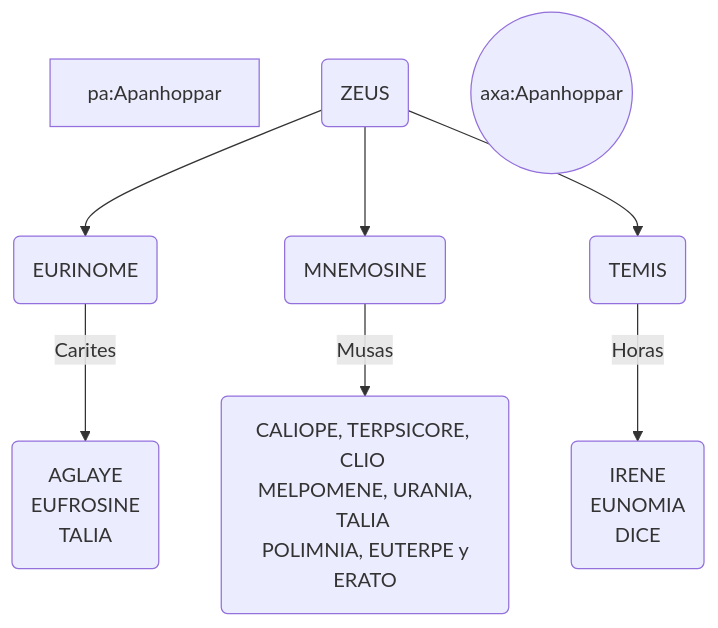
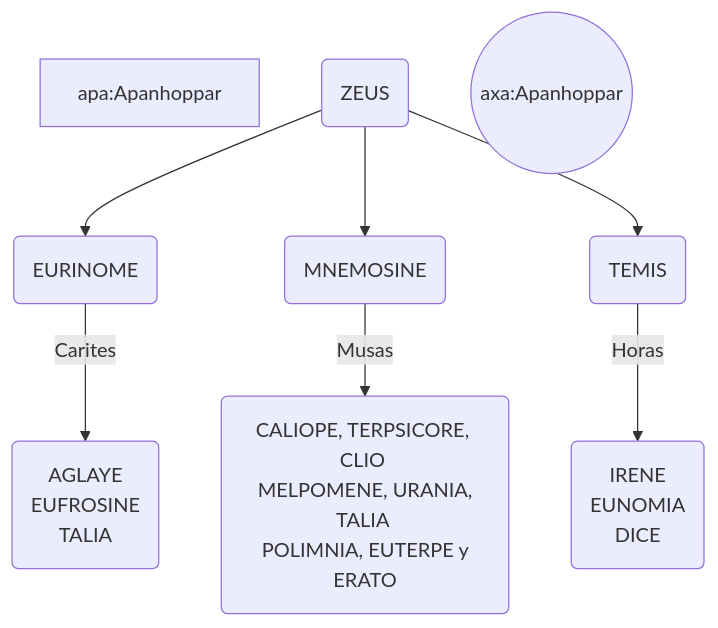
Before and after one commit to fernanz/fernanz.github.io: the diagram in _posts/2014-11-30-zeus.md, drawn with Mermaid.

Commit message:
apoca
lypsis

```diff
--- a/_posts/2014-11-30-zeus.md
+++ b/_posts/2014-11-30-zeus.md
@@ -16,11 +16,11 @@
 <div class="mermaid">
-    graph TD;  
-	    pa:Apanhoppar;  
-        A(ZEUS)-->id1(EURINOME);  
-        A-->id2(MNEMOSINE);  
-        A-->id3(TEMIS);  
-        id1-->|Carites|B(AGLAYE <br> EUFROSINE <br> TALIA);  
-        id2-->|Musas|C(CALIOPE, TERPSICORE, CLIO <br> MELPOMENE, URANIA, TALIA <br> POLIMNIA, EUTERPE y ERATO);  
-        id3-->|Horas|D(IRENE <br> EUNOMIA <br> DICE);  
-        M((axa:Apanhoppar));
+    graph TD;
+        apa:Apanhoppar;
+        A(ZEUS)-->id1(EURINOME);
+        A-->id2(MNEMOSINE);
+        A-->id3(TEMIS);
+        id1-->|Carites|B(AGLAYE <br> EUFROSINE <br> TALIA);
+        id2-->|Musas|C(CALIOPE, TERPSICORE, CLIO <br> MELPOMENE, URANIA, TALIA <br> POLIMNIA, EUTERPE y ERATO);
+        id3-->|Horas|D(IRENE <br> EUNOMIA <br> DICE);
+        M((axa:Apanhoppar));    
 </div>
```
